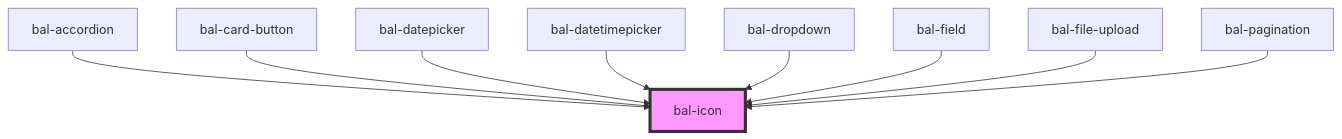
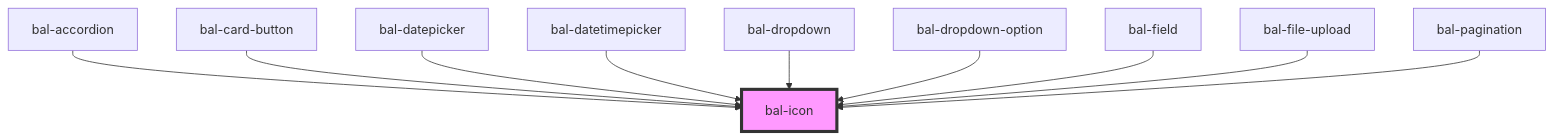
The diagram in src/components/icon/readme.md (baloise/design-system), drawn with Mermaid before and after one commit. The commit also changed other lines of this file and 6 other files, not shown here.

````diff
--- a/src/components/icon/readme.md
+++ b/src/components/icon/readme.md
@@ -100,12 +101,13 @@
 ```mermaid
 graph TD;
   bal-accordion --> bal-icon
   bal-card-button --> bal-icon
   bal-datepicker --> bal-icon
   bal-datetimepicker --> bal-icon
   bal-dropdown --> bal-icon
+  bal-dropdown-option --> bal-icon
   bal-field --> bal-icon
   bal-file-upload --> bal-icon
   bal-pagination --> bal-icon
   style bal-icon fill:#f9f,stroke:#333,stroke-width:4px
 ```
````
